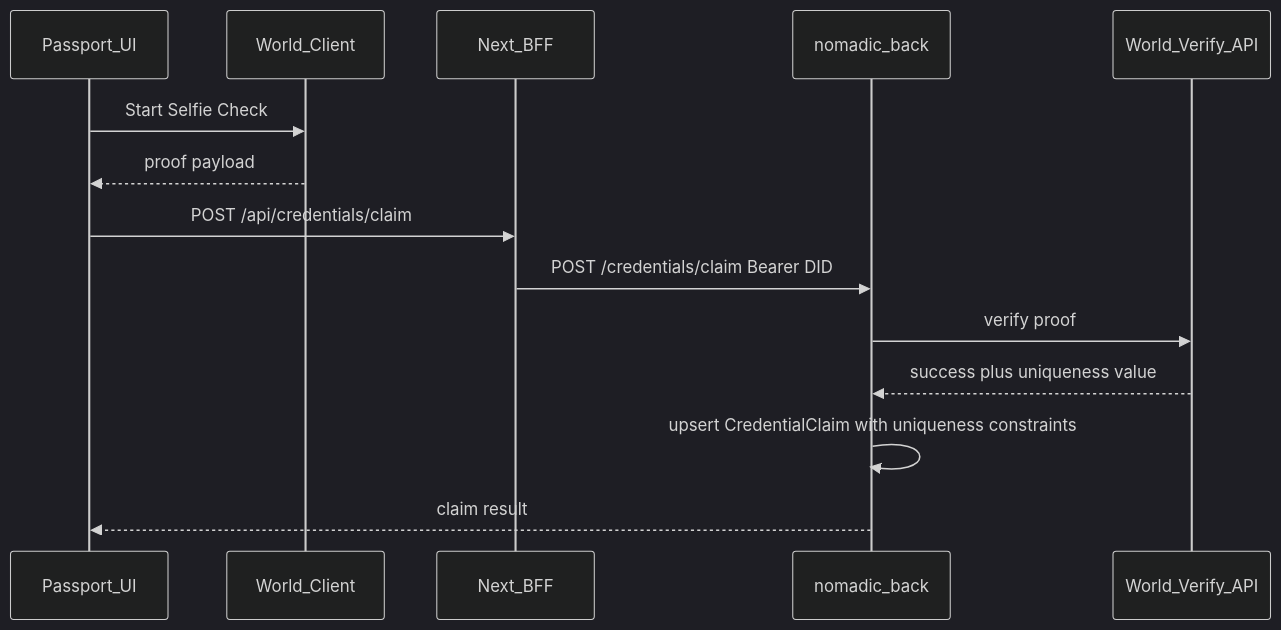
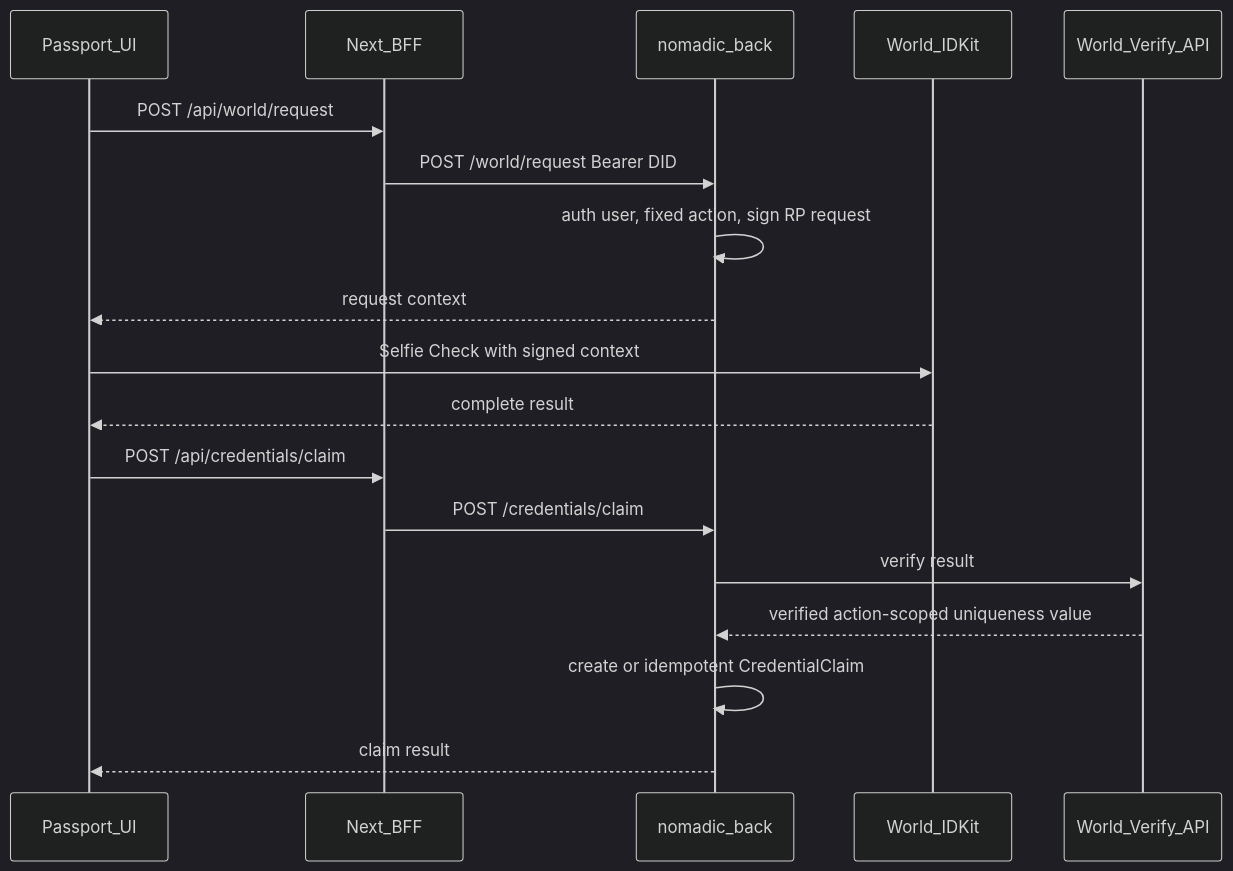
Before and after one commit to Nomadic-Accelerationism/nomadic-front: the diagram in docs/LISBON_ARCHITECTURE.md, drawn with Mermaid (dark theme). The commit also changed other lines of this file and 4 other files, not shown here.

````diff
--- a/docs/LISBON_ARCHITECTURE.md
+++ b/docs/LISBON_ARCHITECTURE.md
@@ -125,17 +191,21 @@
 ```mermaid
 sequenceDiagram
   participant UI as Passport_UI
-  participant World as World_Client
   participant BFF as Next_BFF
   participant API as nomadic_back
+  participant IDKit as World_IDKit
   participant WorldAPI as World_Verify_API
 
-  UI->>World: Start Selfie Check
-  World-->>UI: proof payload
+  UI->>BFF: POST /api/world/request
+  BFF->>API: POST /world/request Bearer DID
+  API->>API: auth user, fixed action, sign RP request
+  API-->>UI: request context
+  UI->>IDKit: Selfie Check with signed context
+  IDKit-->>UI: complete result
   UI->>BFF: POST /api/credentials/claim
-  BFF->>API: POST /credentials/claim Bearer DID
-  API->>WorldAPI: verify proof
-  WorldAPI-->>API: success plus uniqueness value
-  API->>API: upsert CredentialClaim with uniqueness constraints
+  BFF->>API: POST /credentials/claim
+  API->>WorldAPI: verify result
+  WorldAPI-->>API: verified action-scoped uniqueness value
+  API->>API: create or idempotent CredentialClaim
   API-->>UI: claim result
 ```
````
